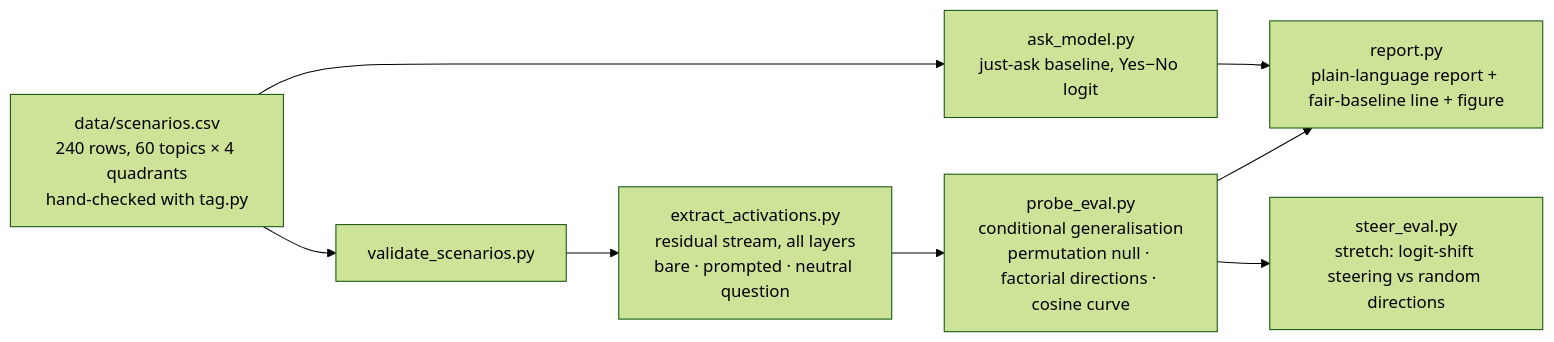
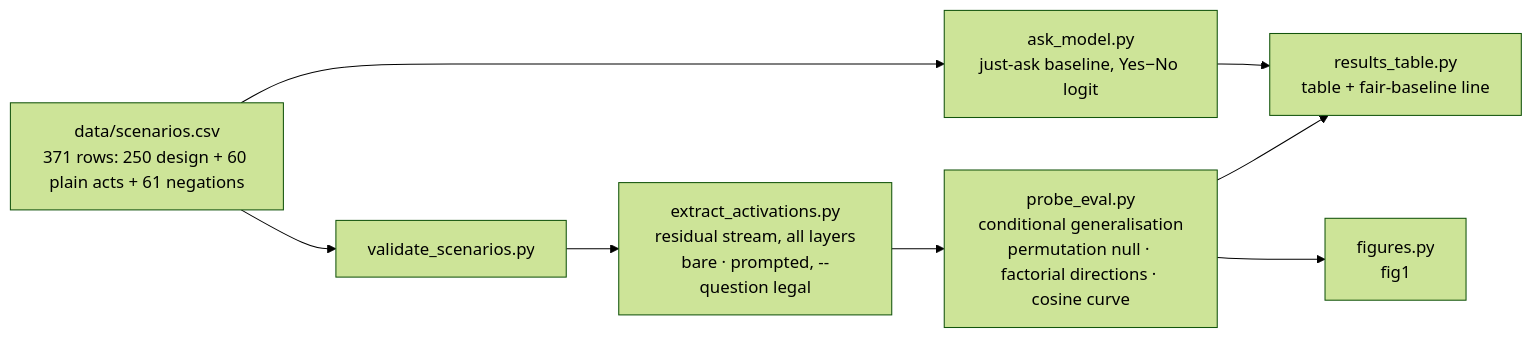
One commit to martinherje/mats12 changed the diagram in README.md. Above: the diagram before and after it, drawn with Mermaid (forest theme). The commit also changed other lines of this file and 60 other files, not shown here.

````diff
--- a/README.md
+++ b/README.md
@@ -23,10 +23,10 @@
 ```mermaid
 flowchart LR
-  D[data/scenarios.csv<br/>240 rows, 60 topics × 4 quadrants<br/>hand-checked with tag.py] --> V[validate_scenarios.py]
-  V --> X[extract_activations.py<br/>residual stream, all layers<br/>bare · prompted · neutral question]
+  D[data/scenarios.csv<br/>371 rows: 250 design + 60 plain acts + 61 negations] --> V[validate_scenarios.py]
+  V --> X[extract_activations.py<br/>residual stream, all layers<br/>bare · prompted, --question legal]
   X --> P[probe_eval.py<br/>conditional generalisation<br/>permutation null · factorial directions · cosine curve]
-  P --> R[report.py<br/>plain-language report + fair-baseline line + figure]
+  P --> T[results_table.py<br/>table + fair-baseline line]
+  P --> F[figures.py<br/>fig1]
   D --> A[ask_model.py<br/>just-ask baseline, Yes−No logit]
-  A --> R
-  P --> S[steer_eval.py<br/>stretch: logit-shift steering vs random directions]
+  A --> T
 ```
````
